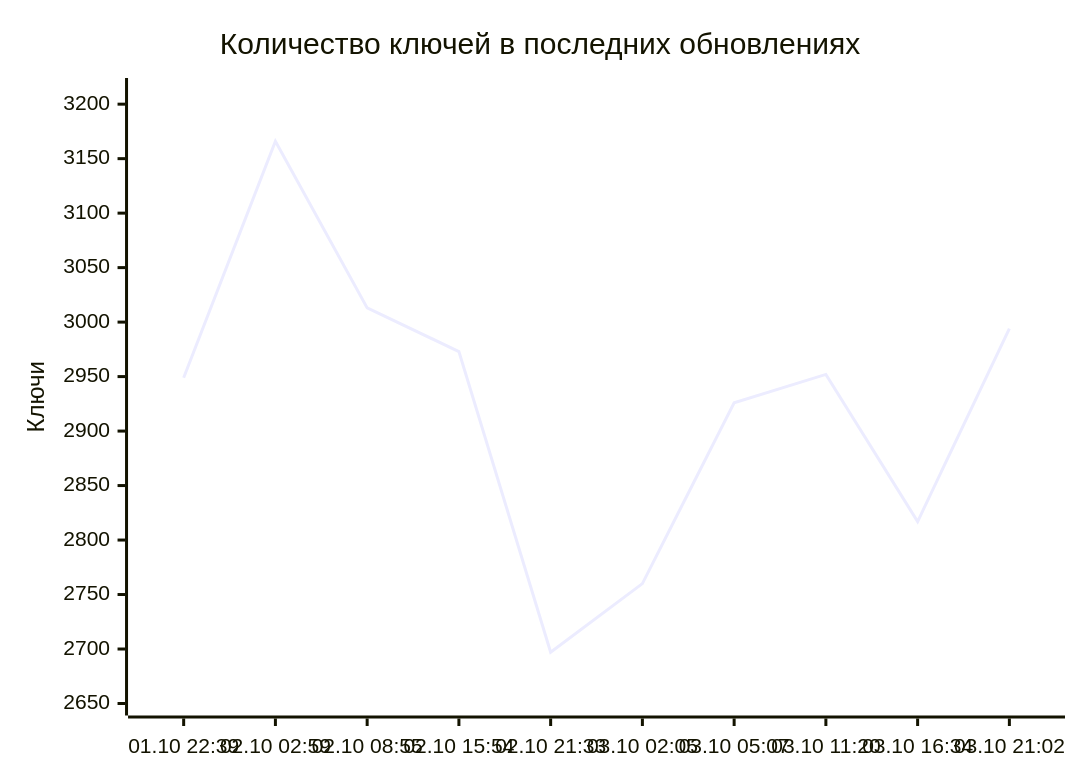
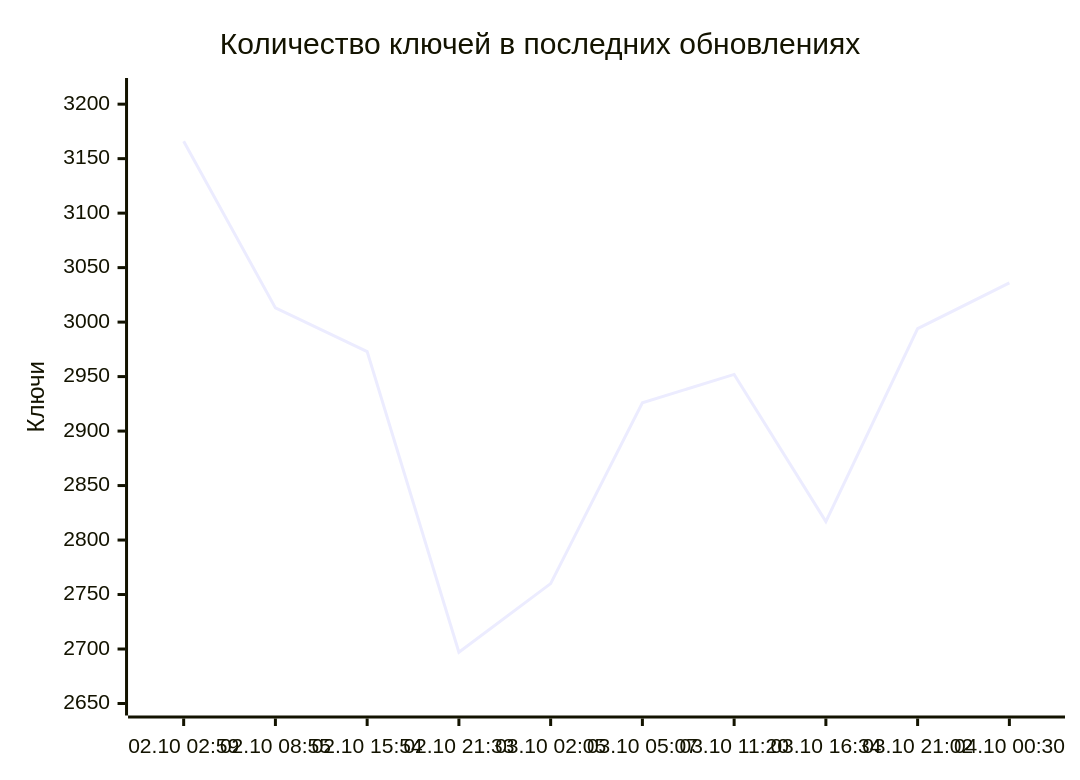
Before and after one commit to markKikhtenko/WireVeil: the diagram in README.md, drawn with Mermaid. The commit also changed other lines of this file and 12 other files, not shown here.

````diff
--- a/README.md
+++ b/README.md
@@ -55,7 +55,7 @@
 ```mermaid
 xychart-beta
     title "Количество ключей в последних обновлениях"
-    x-axis ["01.10 22:39", "02.10 02:59", "02.10 08:55", "02.10 15:54", "02.10 21:33", "03.10 02:05", "03.10 05:07", "03.10 11:20", "03.10 16:34", "03.10 21:02"]
+    x-axis ["02.10 02:59", "02.10 08:55", "02.10 15:54", "02.10 21:33", "03.10 02:05", "03.10 05:07", "03.10 11:20", "03.10 16:34", "03.10 21:02", "04.10 00:30"]
     y-axis "Ключи" 2650 --> 3213
-    line [2949, 3166, 3013, 2973, 2697, 2760, 2926, 2952, 2817, 2994]
+    line [3166, 3013, 2973, 2697, 2760, 2926, 2952, 2817, 2994, 3036]
 ```
````
